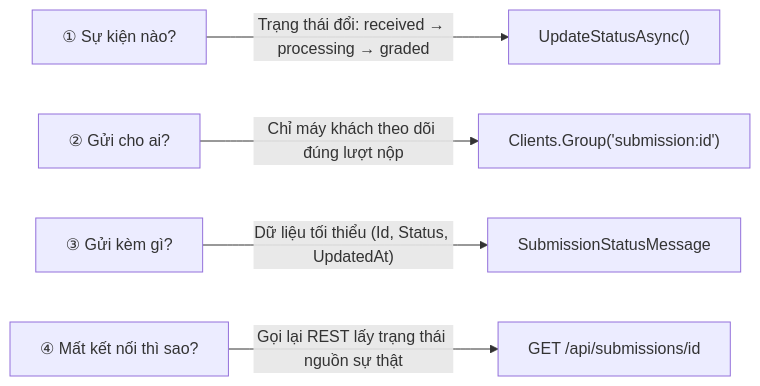
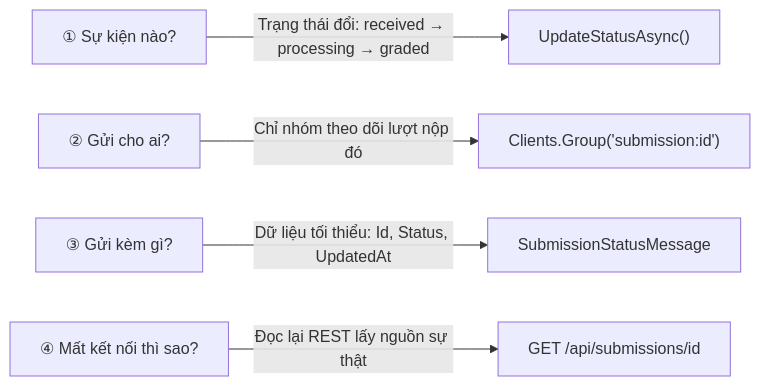
Before and after one commit to PTUDPTK23/CNTTK23E: the diagram in Trịnh Ngọc Tường - dtc245200211/Bai3/README.md, drawn with Mermaid. The commit also changed other lines of this file and 27 other files, not shown here.

````diff
--- a/Trịnh Ngọc Tường - dtc245200211/Bai3/README.md
+++ b/Trịnh Ngọc Tường - dtc245200211/Bai3/README.md
@@ -64,7 +65,7 @@
 ```mermaid
 flowchart LR
     A["① Sự kiện nào?"] -->|"Trạng thái đổi: received → processing → graded"| B["UpdateStatusAsync()"]
-    C["② Gửi cho ai?"] -->|"Chỉ máy khách theo dõi đúng lượt nộp"| D["Clients.Group('submission:id')"]
-    E["③ Gửi kèm gì?"] -->|"Dữ liệu tối thiểu (Id, Status, UpdatedAt)"| F["SubmissionStatusMessage"]
-    G["④ Mất kết nối thì sao?"] -->|"Gọi lại REST lấy trạng thái nguồn sự thật"| H["GET /api/submissions/id"]
+    C["② Gửi cho ai?"] -->|"Chỉ nhóm theo dõi lượt nộp đó"| D["Clients.Group('submission:id')"]
+    E["③ Gửi kèm gì?"] -->|"Dữ liệu tối thiểu: Id, Status, UpdatedAt"| F["SubmissionStatusMessage"]
+    G["④ Mất kết nối thì sao?"] -->|"Đọc lại REST lấy nguồn sự thật"| H["GET /api/submissions/id"]
 ```
````
